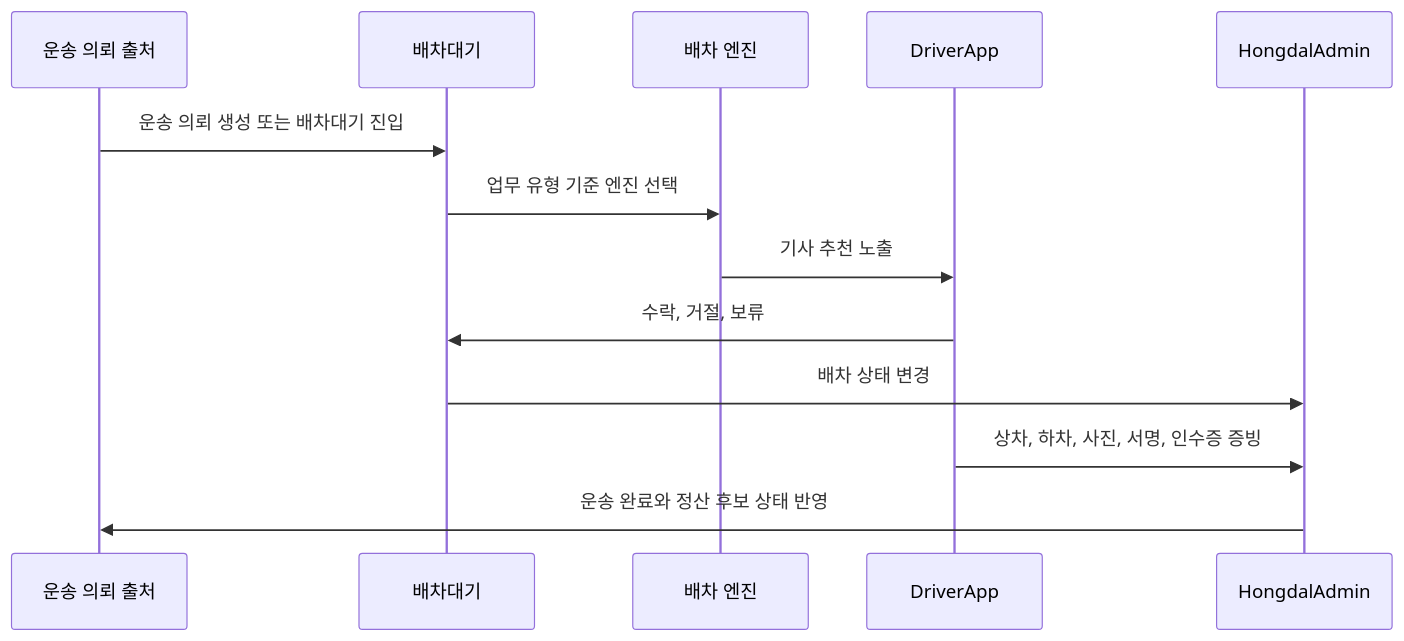
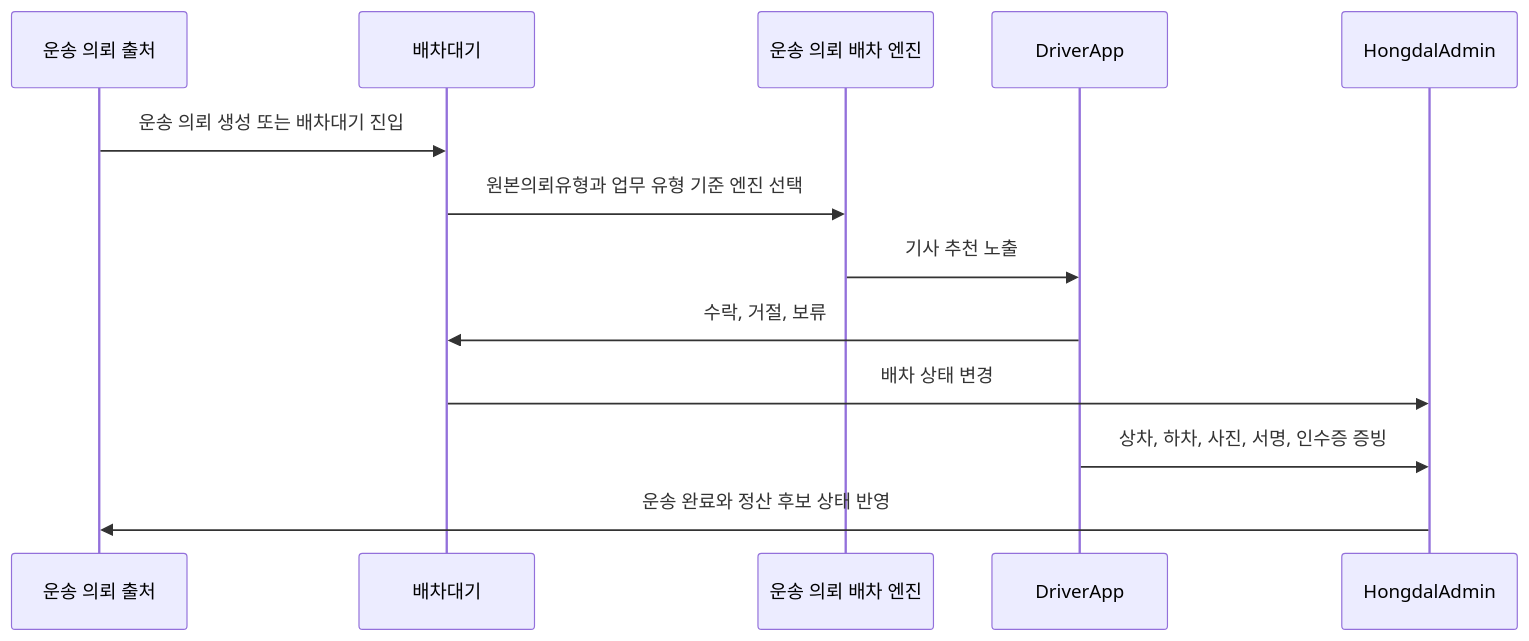
Before and after one commit to cheolwo/hongdal: the fifth of 5 diagrams in docs/Architecture/EngineOverview.md, drawn with Mermaid. The commit also changed other lines of this file and 27 other files, not shown here.

````diff
--- a/docs/Architecture/EngineOverview.md
+++ b/docs/Architecture/EngineOverview.md
@@ -174,16 +246,16 @@
 ```mermaid
 sequenceDiagram
     participant Source as 운송 의뢰 출처
     participant Queue as 배차대기
-    participant Engine as 배차 엔진
+    participant Engine as 운송 의뢰 배차 엔진
     participant Driver as DriverApp
     participant Admin as HongdalAdmin
 
     Source->>Queue: 운송 의뢰 생성 또는 배차대기 진입
-    Queue->>Engine: 업무 유형 기준 엔진 선택
+    Queue->>Engine: 원본의뢰유형과 업무 유형 기준 엔진 선택
     Engine->>Driver: 기사 추천 노출
     Driver->>Queue: 수락, 거절, 보류
     Queue->>Admin: 배차 상태 변경
     Driver->>Admin: 상차, 하차, 사진, 서명, 인수증 증빙
     Admin->>Source: 운송 완료와 정산 후보 상태 반영
 ```
````
